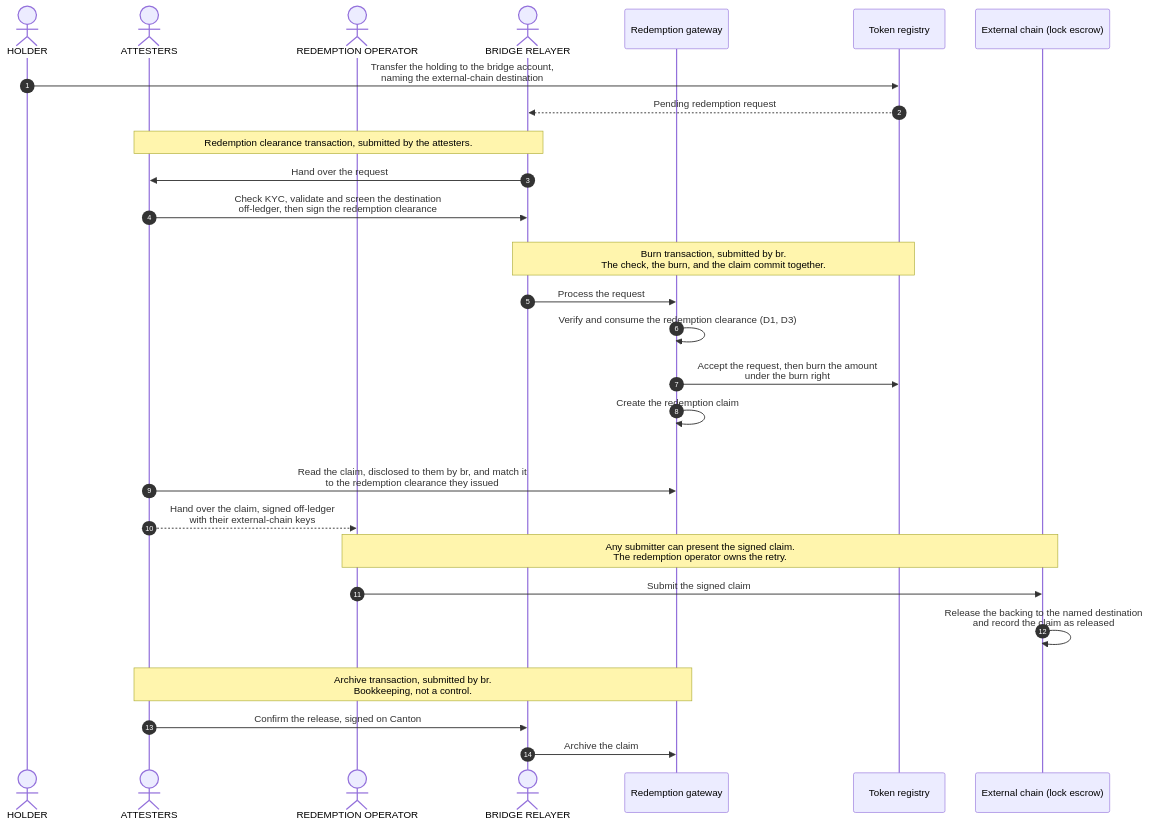
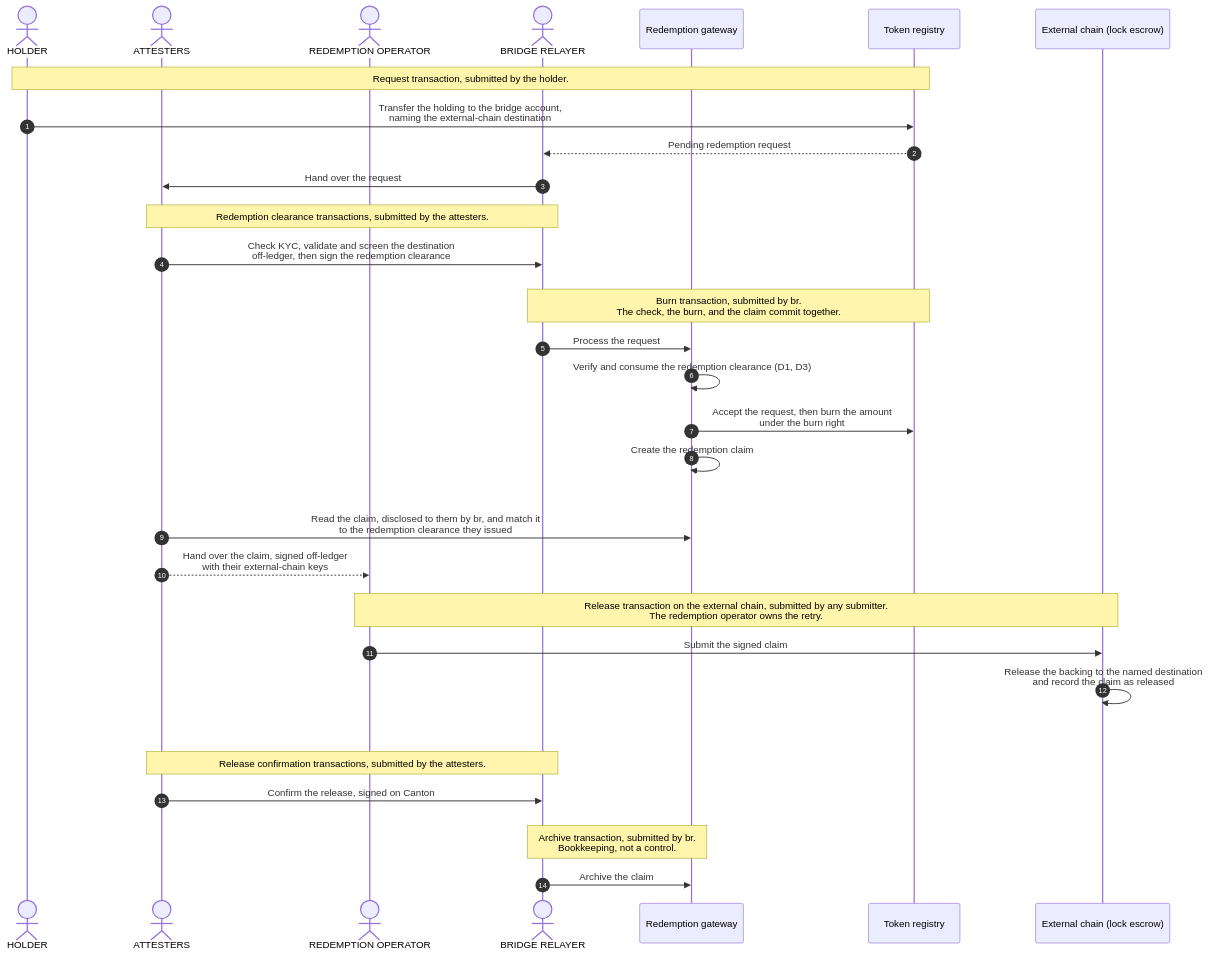
Before and after one commit to OpenZeppelin/canton-specs: the third of 3 diagrams in docs/reference-architectures/cross-chain-stablecoin.md, drawn with Mermaid. The commit also changed other lines of this file, not shown here.

Commit message:
redemption: clearly separate steps 2 and 3, and merge steps 4 and 5

````diff
--- a/docs/reference-architectures/cross-chain-stablecoin.md
+++ b/docs/reference-architectures/cross-chain-stablecoin.md
@@ -744,36 +751,44 @@
 ```mermaid
 sequenceDiagram
     autonumber
     actor Holder as HOLDER
     actor Attesters as ATTESTERS
     actor Operator as REDEMPTION OPERATOR
     actor Relayer as BRIDGE RELAYER
     participant Redeem as Redemption gateway
     participant Registry as Token registry
     participant Chain as External chain (lock escrow)
 
-    Holder->>Registry: Transfer the holding to the bridge account,<br/>naming the external-chain destination
-    Registry-->>Relayer: Pending redemption request
     rect rgba(255, 255, 255, .1)
-        Note over Attesters,Relayer: Redemption clearance transaction, submitted by the attesters.
-        Relayer->>Attesters: Hand over the request
+        Note over Holder,Registry: Request transaction, submitted by the holder.
+        Holder->>Registry: Transfer the holding to the bridge account,<br/>naming the external-chain destination
+        Registry-->>Relayer: Pending redemption request
+    end
+    Relayer->>Attesters: Hand over the request
+    rect rgba(255, 255, 255, .1)
+        Note over Attesters,Relayer: Redemption clearance transactions, submitted by the attesters.
         Attesters->>Relayer: Check KYC, validate and screen the destination<br/>off-ledger, then sign the redemption clearance
     end
     rect rgba(255, 255, 255, .1)
         Note over Relayer,Registry: Burn transaction, submitted by br.<br/>The check, the burn, and the claim commit together.
         Relayer->>Redeem: Process the request
         Redeem->>Redeem: Verify and consume the redemption clearance (D1, D3)
         Redeem->>Registry: Accept the request, then burn the amount<br/>under the burn right
         Redeem->>Redeem: Create the redemption claim
     end
     Attesters->>Redeem: Read the claim, disclosed to them by br, and match it<br/>to the redemption clearance they issued
     Attesters-->>Operator: Hand over the claim, signed off-ledger<br/>with their external-chain keys
-    Note over Operator,Chain: Any submitter can present the signed claim.<br/>The redemption operator owns the retry.
-    Operator->>Chain: Submit the signed claim
-    Chain->>Chain: Release the backing to the named destination<br/>and record the claim as released
     rect rgba(255, 255, 255, .1)
-        Note over Attesters,Redeem: Archive transaction, submitted by br.<br/>Bookkeeping, not a control.
+        Note over Operator,Chain: Release transaction on the external chain, submitted by any submitter.<br/>The redemption operator owns the retry.
+        Operator->>Chain: Submit the signed claim
+        Chain->>Chain: Release the backing to the named destination<br/>and record the claim as released
+    end
+    rect rgba(255, 255, 255, .1)
+        Note over Attesters,Relayer: Release confirmation transactions, submitted by the attesters.
         Attesters->>Relayer: Confirm the release, signed on Canton
+    end
+    rect rgba(255, 255, 255, .1)
+        Note over Relayer,Redeem: Archive transaction, submitted by br.<br/>Bookkeeping, not a control.
         Relayer->>Redeem: Archive the claim
     end
 ```
````
